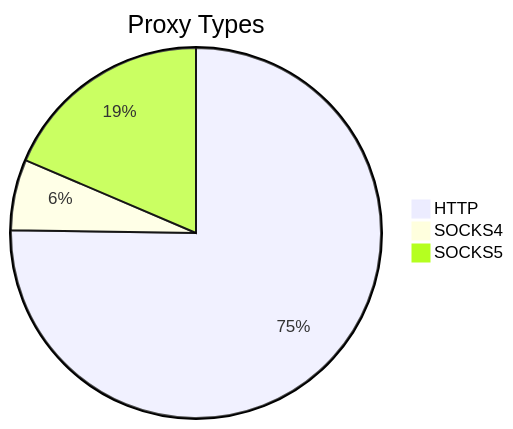
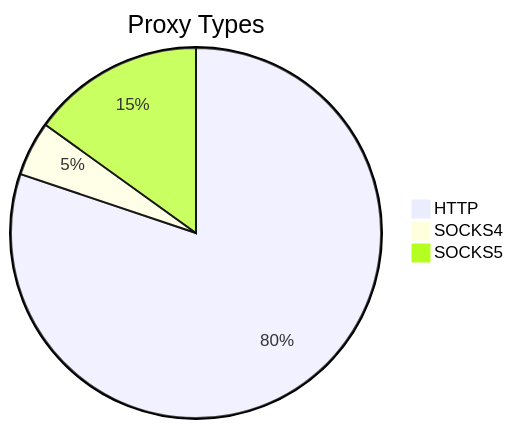
The first of 2 diagrams in README.md (stormsia/proxy-list), drawn with Mermaid before and after one commit. The commit also changed other lines of this file, not shown here.

````diff
--- a/README.md
+++ b/README.md
@@ -21,6 +21,6 @@
 ```mermaid
 pie title Proxy Types
-    "HTTP" : 243
-    "SOCKS4" : 20
-    "SOCKS5" : 60
+    "HTTP" : 202
+    "SOCKS4" : 12
+    "SOCKS5" : 38
 ```
````
